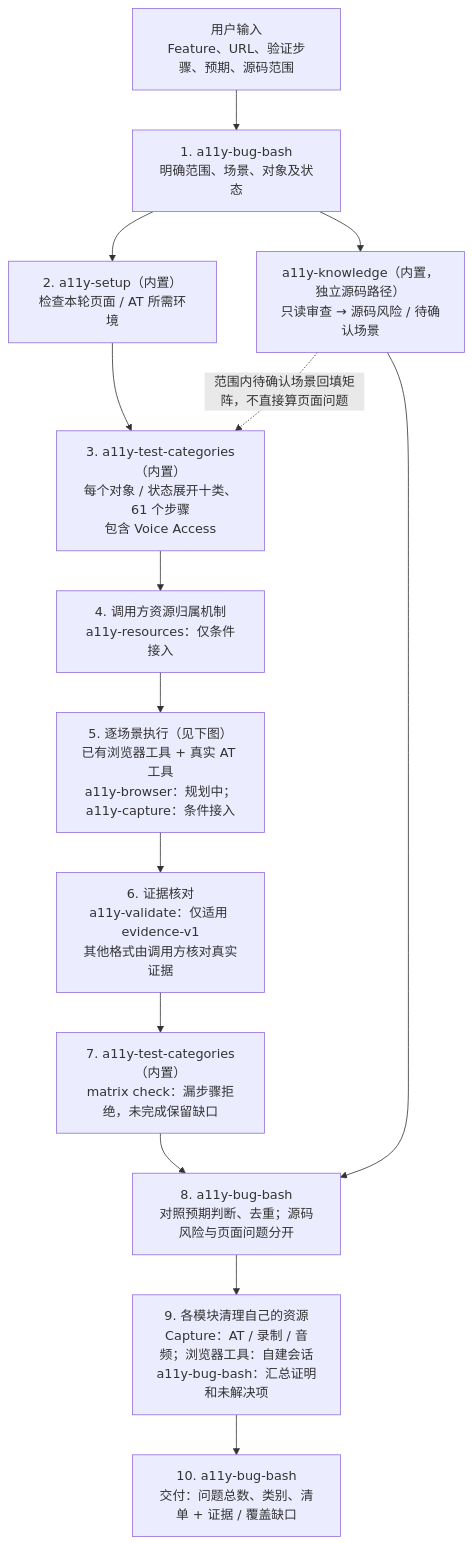
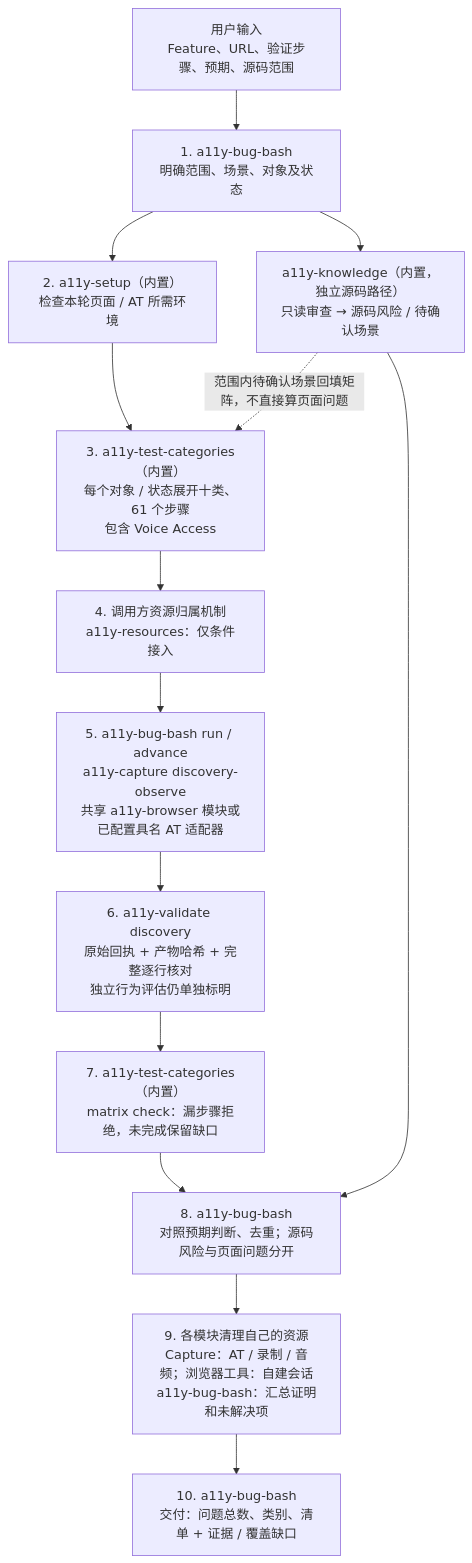
The first of 2 diagrams in docs/BUG-BASH-ARCHITECTURE.zh-CN.md (kaixun96/dev.A11yAssist), drawn with Mermaid before and after one commit. The commit also changed other lines of this file and 231 other files, not shown here.

First line of the commit message:
Complete durable full-category Bug Bash source workflow

````diff
--- a/docs/BUG-BASH-ARCHITECTURE.zh-CN.md
+++ b/docs/BUG-BASH-ARCHITECTURE.zh-CN.md
@@ -49,20 +51,20 @@
 ```mermaid
 flowchart TD
     U["用户输入<br/>Feature、URL、验证步骤、预期、源码范围"]
     P["1. a11y-bug-bash<br/>明确范围、场景、对象及状态"]
     S["2. a11y-setup（内置）<br/>检查本轮页面 / AT 所需环境"]
     C["3. a11y-test-categories（内置）<br/>每个对象 / 状态展开十类、61 个步骤<br/>包含 Voice Access"]
     R["4. 调用方资源归属机制<br/>a11y-resources：仅条件接入"]
-    E["5. 逐场景执行（见下图）<br/>已有浏览器工具 + 真实 AT 工具<br/>a11y-browser：规划中；a11y-capture：条件接入"]
+    E["5. a11y-bug-bash run / advance<br/>a11y-capture discovery-observe<br/>共享 a11y-browser 模块或已配置具名 AT 适配器"]
     K["a11y-knowledge（内置，独立源码路径）<br/>只读审查 → 源码风险 / 待确认场景"]
-    V["6. 证据核对<br/>a11y-validate：仅适用 evidence-v1<br/>其他格式由调用方核对真实证据"]
+    V["6. a11y-validate discovery<br/>原始回执 + 产物哈希 + 完整逐行核对<br/>独立行为评估仍单独标明"]
     G["7. a11y-test-categories（内置）<br/>matrix check：漏步骤拒绝，未完成保留缺口"]
     A["8. a11y-bug-bash<br/>对照预期判断、去重；源码风险与页面问题分开"]
     O["9. 各模块清理自己的资源<br/>Capture：AT / 录制 / 音频；浏览器工具：自建会话<br/>a11y-bug-bash：汇总证明和未解决项"]
     F["10. a11y-bug-bash<br/>交付：问题总数、类别、清单 + 证据 / 覆盖缺口"]
     U --> P
     P --> S --> C --> R --> E --> V --> G --> A --> O --> F
     P --> K
     K --> A
     K -. "范围内待确认场景回填矩阵，不直接算页面问题" .-> C
 ```
````
